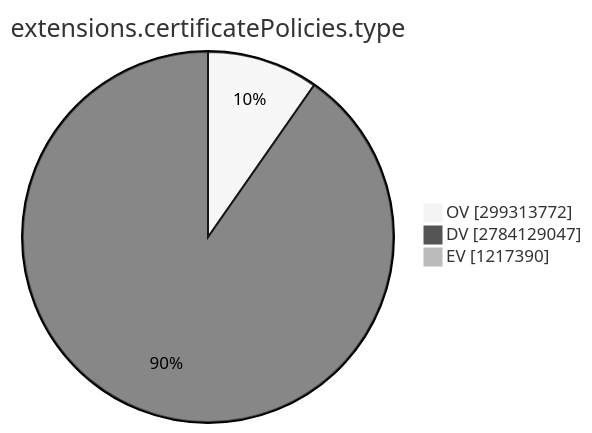
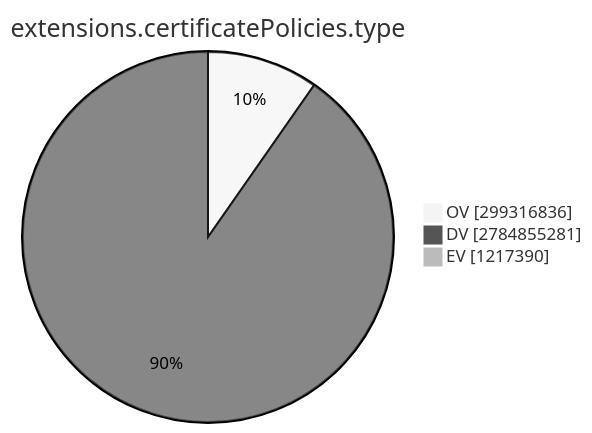
The ninth of 15 diagrams in TOTAL/README.md (christiankrug/ctmonitor_visualization), drawn with Mermaid (neutral theme) before and after one commit. The commit also changed other lines of this file, not shown here.

````diff
--- a/TOTAL/README.md
+++ b/TOTAL/README.md
@@ -3101,7 +3101,7 @@
 ```mermaid
 pie showData
 title extensions.certificatePolicies.type
-"OV" :299313772
-"DV" :2784129047
+"OV" :299316836
+"DV" :2784855281
 "EV" :1217390
 ```
````
